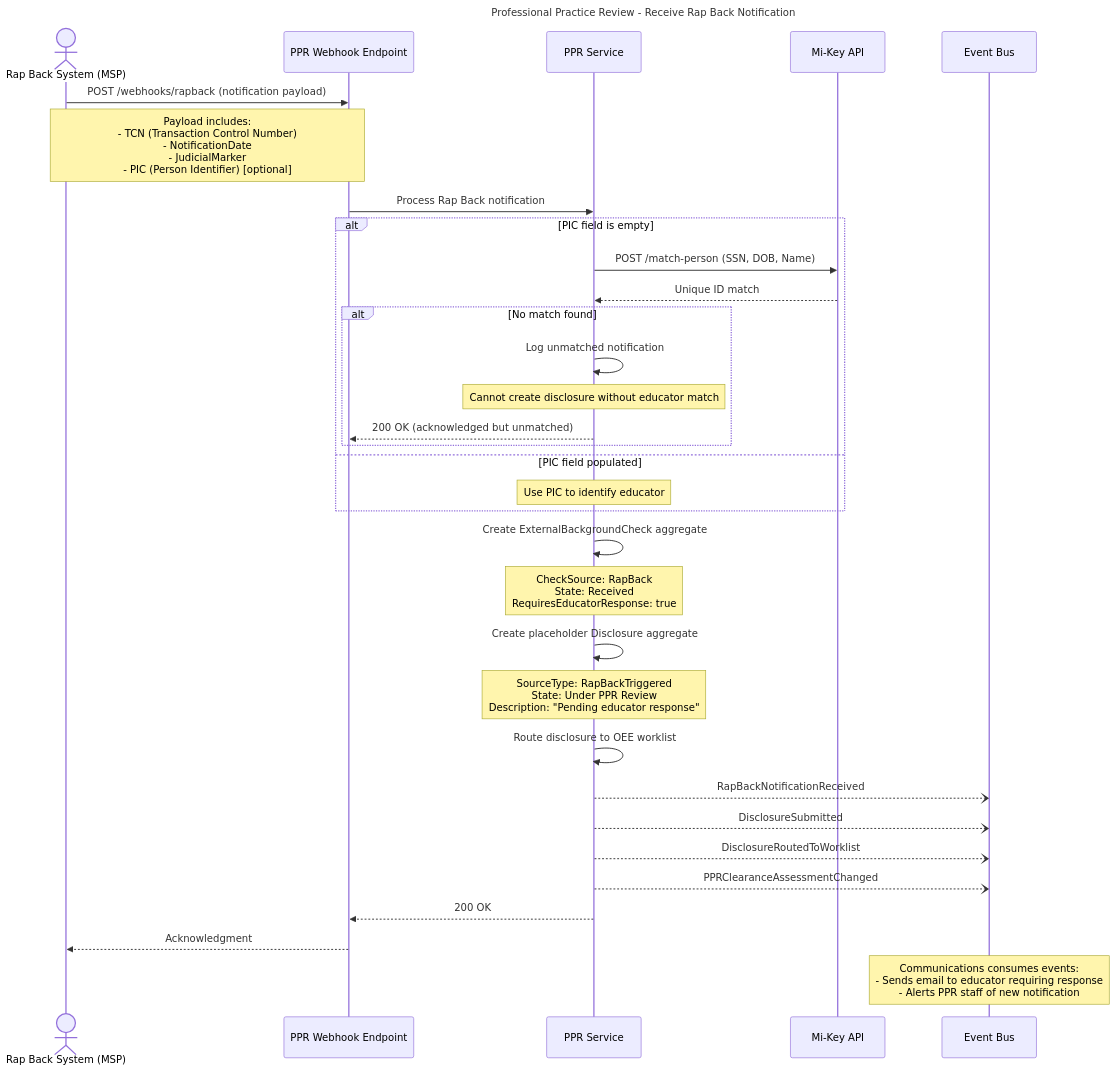
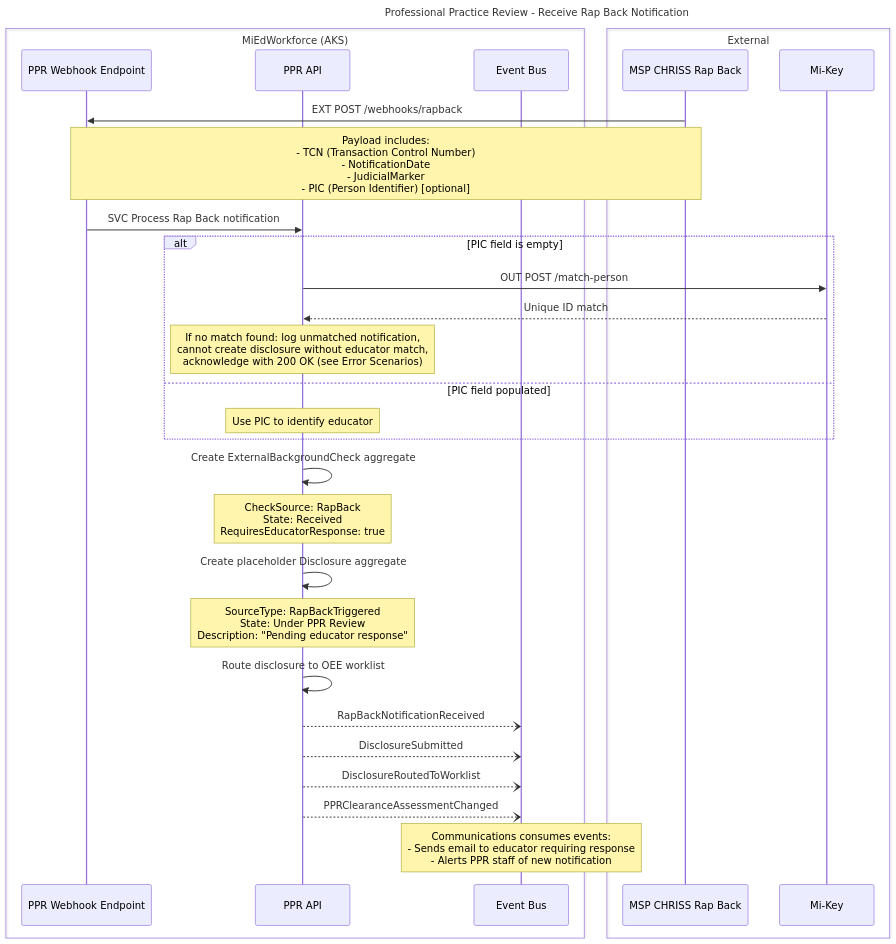
The fifth of 15 diagrams in working-docs/solution-areas/profpractice/profpractice-sequences.md (mnichols-dl/mied-design), drawn with Mermaid before and after one commit. The commit also changed other lines of this file and 34 other files, not shown here.

Commit message:
Update sequences and perform RTM assessment

````diff
--- a/working-docs/solution-areas/profpractice/profpractice-sequences.md
+++ b/working-docs/solution-areas/profpractice/profpractice-sequences.md
@@ -349,47 +343,43 @@
 ```mermaid
 ---
 title: Professional Practice Review - Receive Rap Back Notification
 ---
 sequenceDiagram
-    actor RapBack as Rap Back System (MSP)
-    participant Webhook as PPR Webhook Endpoint
-    participant PPRService as PPR Service
-    participant MiKey as Mi-Key API
-    participant EventBus as Event Bus
+    box MiEdWorkforce (AKS)
+        participant Webhook as PPR Webhook Endpoint
+        participant PprApi as PPR API
+        participant EventBus as Event Bus
+    end
+    box External
+        participant MspRapBack as MSP CHRISS Rap Back
+        participant MiKey as Mi-Key
+    end
     
-    RapBack->>Webhook: POST /webhooks/rapback (notification payload)
-    Note over RapBack,Webhook: Payload includes:<br/>- TCN (Transaction Control Number)<br/>- NotificationDate<br/>- JudicialMarker<br/>- PIC (Person Identifier) [optional]
+    MspRapBack->>Webhook: EXT POST /webhooks/rapback
+    Note over MspRapBack,Webhook: Payload includes:<br/>- TCN (Transaction Control Number)<br/>- NotificationDate<br/>- JudicialMarker<br/>- PIC (Person Identifier) [optional]
     
-    Webhook->>PPRService: Process Rap Back notification
+    Webhook->>PprApi: SVC Process Rap Back notification
     
     alt PIC field is empty
-        PPRService->>MiKey: POST /match-person (SSN, DOB, Name)
-        MiKey-->>PPRService: Unique ID match
-        
-        alt No match found
-            PPRService->>PPRService: Log unmatched notification
-            Note over PPRService: Cannot create disclosure without educator match
-            PPRService-->>Webhook: 200 OK (acknowledged but unmatched)
-        end
+        PprApi->>MiKey: OUT POST /match-person
+        MiKey-->>PprApi: Unique ID match
+        Note over PprApi: If no match found: log unmatched notification,<br/>cannot create disclosure without educator match,<br/>acknowledge with 200 OK (see Error Scenarios)
     else PIC field populated
-        Note over PPRService: Use PIC to identify educator
+        Note over PprApi: Use PIC to identify educator
     end
     
-    PPRService->>PPRService: Create ExternalBackgroundCheck aggregate
-    Note over PPRService: CheckSource: RapBack<br/>State: Received<br/>RequiresEducatorResponse: true
+    PprApi->>PprApi: Create ExternalBackgroundCheck aggregate
+    Note over PprApi: CheckSource: RapBack<br/>State: Received<br/>RequiresEducatorResponse: true
     
-    PPRService->>PPRService: Create placeholder Disclosure aggregate
-    Note over PPRService: SourceType: RapBackTriggered<br/>State: Under PPR Review<br/>Description: "Pending educator response"
+    PprApi->>PprApi: Create placeholder Disclosure aggregate
+    Note over PprApi: SourceType: RapBackTriggered<br/>State: Under PPR Review<br/>Description: "Pending educator response"
     
-    PPRService->>PPRService: Route disclosure to OEE worklist
+    PprApi->>PprApi: Route disclosure to OEE worklist
     
-    PPRService--)EventBus: RapBackNotificationReceived
-    PPRService--)EventBus: DisclosureSubmitted
-    PPRService--)EventBus: DisclosureRoutedToWorklist
-    PPRService--)EventBus: PPRClearanceAssessmentChanged
-    
-    PPRService-->>Webhook: 200 OK
-    Webhook-->>RapBack: Acknowledgment
+    PprApi--)EventBus: RapBackNotificationReceived
+    PprApi--)EventBus: DisclosureSubmitted
+    PprApi--)EventBus: DisclosureRoutedToWorklist
+    PprApi--)EventBus: PPRClearanceAssessmentChanged
     
     Note over EventBus: Communications consumes events:<br/>- Sends email to educator requiring response<br/>- Alerts PPR staff of new notification
 ```
````
